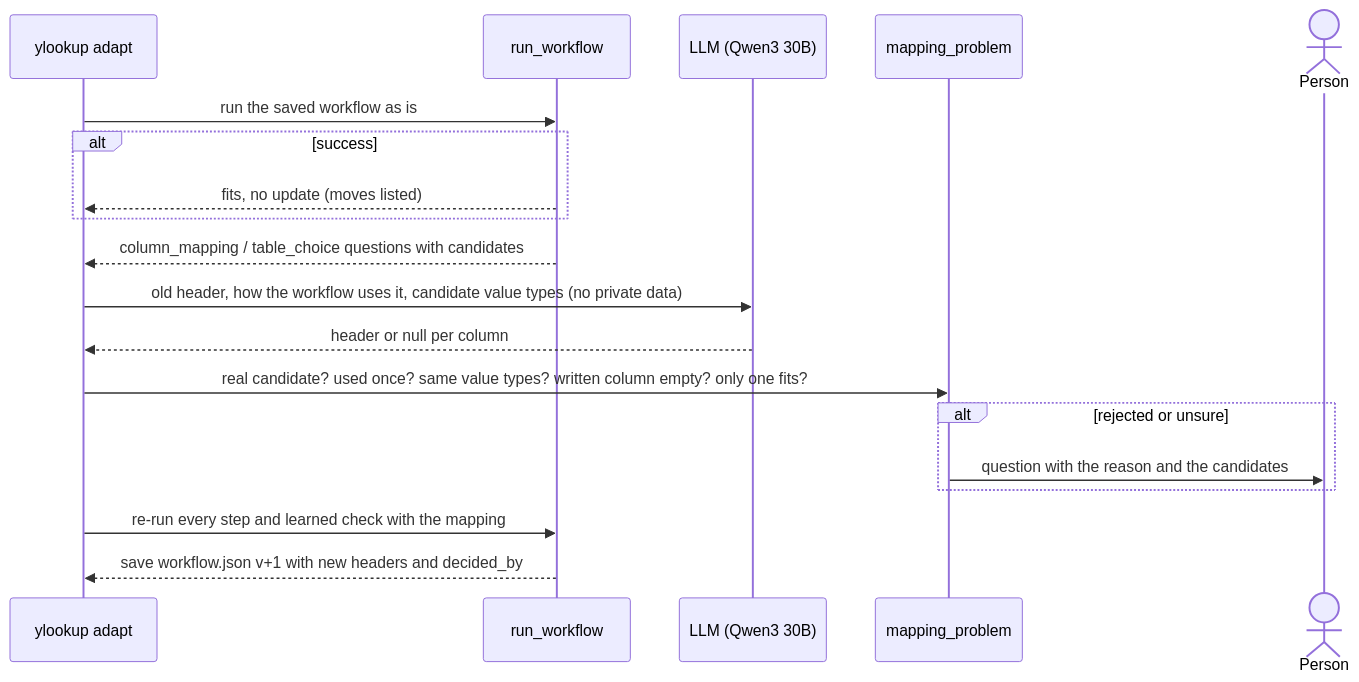
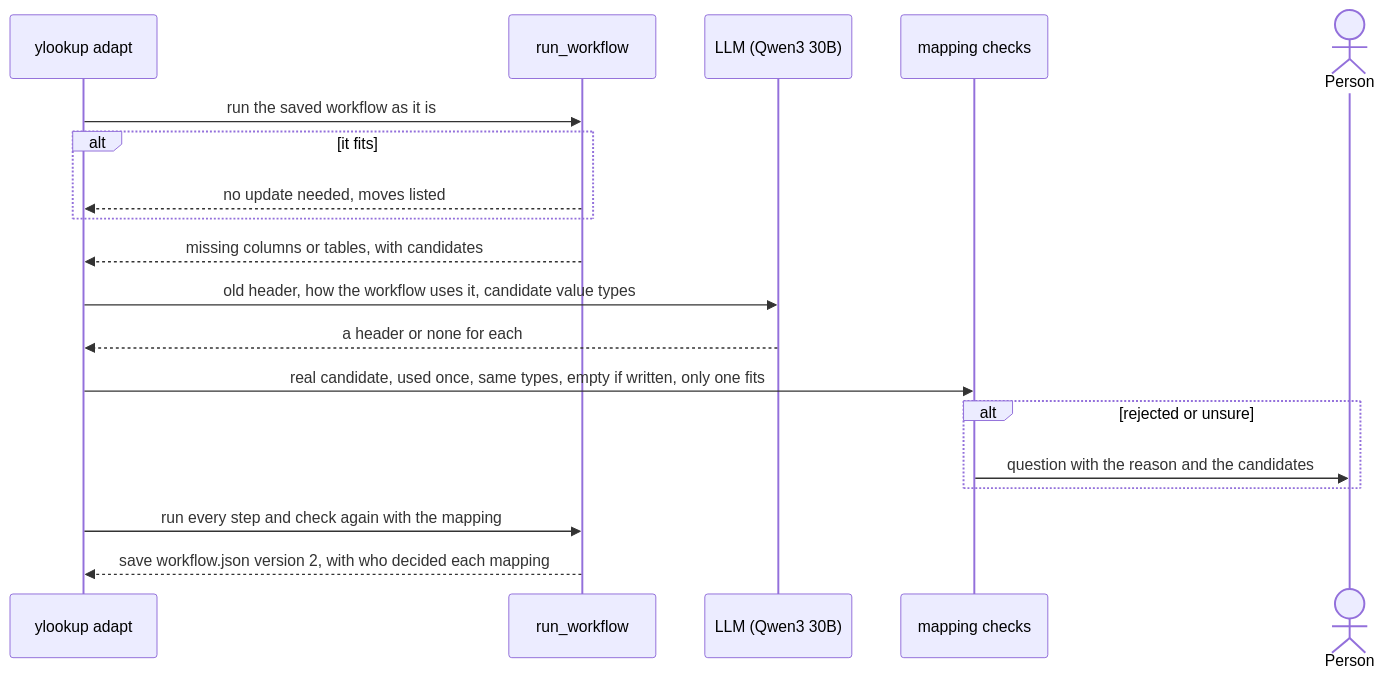
One commit to mboosiri/ylookup-workflow-builder changed the third of 3 diagrams in docs/design.md. Above: the diagram before and after it, drawn with Mermaid. The commit also changed other lines of this file and 1 other file, not shown here.

First line of the commit message:
Fix the diagrams on GitHub; shorter, plainer README and design doc

````diff
--- a/docs/design.md
+++ b/docs/design.md
@@ -87,22 +84,22 @@
 ```mermaid
 sequenceDiagram
     participant Adapt as ylookup adapt
     participant Runner as run_workflow
     participant Model as LLM (Qwen3 30B)
-    participant Code as mapping_problem
+    participant Code as mapping checks
     actor Person
 
-    Adapt->>Runner: run the saved workflow as is
-    alt success
-        Runner-->>Adapt: fits, no update (moves listed)
+    Adapt->>Runner: run the saved workflow as it is
+    alt it fits
+        Runner-->>Adapt: no update needed, moves listed
     end
-    Runner-->>Adapt: column_mapping / table_choice questions with candidates
-    Adapt->>Model: old header, how the workflow uses it, candidate value types (no private data)
-    Model-->>Adapt: header or null per column
-    Adapt->>Code: real candidate? used once? same value types? written column empty? only one fits?
+    Runner-->>Adapt: missing columns or tables, with candidates
+    Adapt->>Model: old header, how the workflow uses it, candidate value types
+    Model-->>Adapt: a header or none for each
+    Adapt->>Code: real candidate, used once, same types, empty if written, only one fits
     alt rejected or unsure
         Code->>Person: question with the reason and the candidates
     end
-    Adapt->>Runner: re-run every step and learned check with the mapping
-    Runner-->>Adapt: save workflow.json v+1 with new headers and decided_by
+    Adapt->>Runner: run every step and check again with the mapping
+    Runner-->>Adapt: save workflow.json version 2, with who decided each mapping
 ```
````
